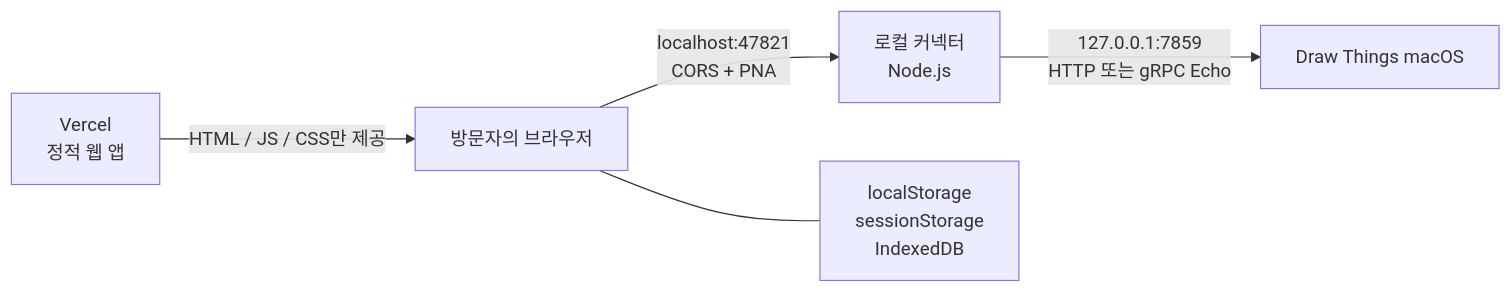
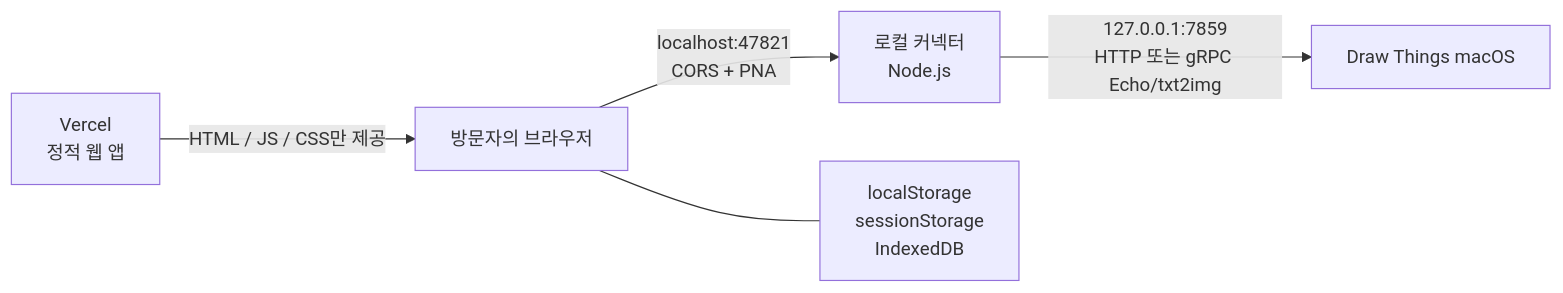
Before and after one commit to hyuck0221/draw-things-web: the diagram in README.md, drawn with Mermaid. The commit also changed other lines of this file and 35 other files, not shown here.

````diff
--- a/README.md
+++ b/README.md
@@ -23,7 +23,7 @@
 ```mermaid
 flowchart LR
     V["Vercel\n정적 웹 앱"] -->|HTML / JS / CSS만 제공| B["방문자의 브라우저"]
     B -->|"localhost:47821\nCORS + PNA"| C["로컬 커넥터\nNode.js"]
-    C -->|"127.0.0.1:7859\nHTTP 또는 gRPC Echo"| D["Draw Things macOS"]
+    C -->|"127.0.0.1:7859\nHTTP 또는 gRPC Echo/txt2img"| D["Draw Things macOS"]
     B --- S["localStorage\nsessionStorage\nIndexedDB"]
 ```
````
